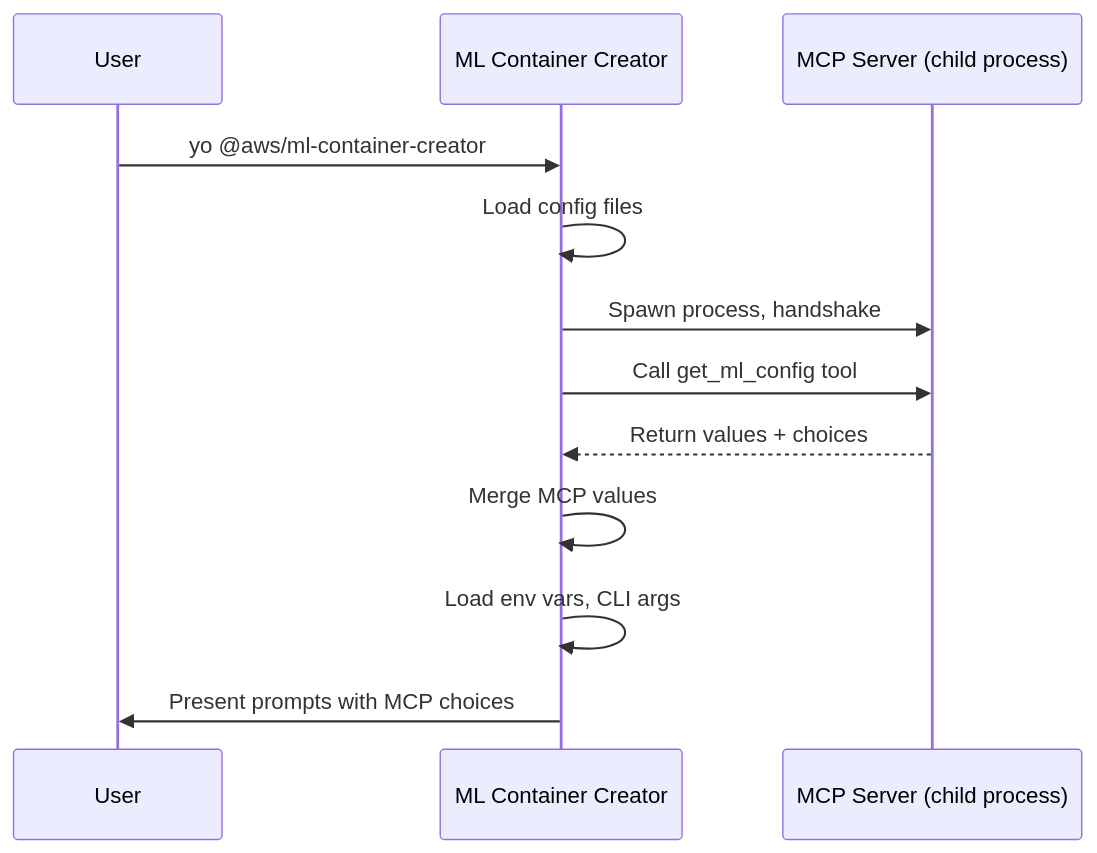
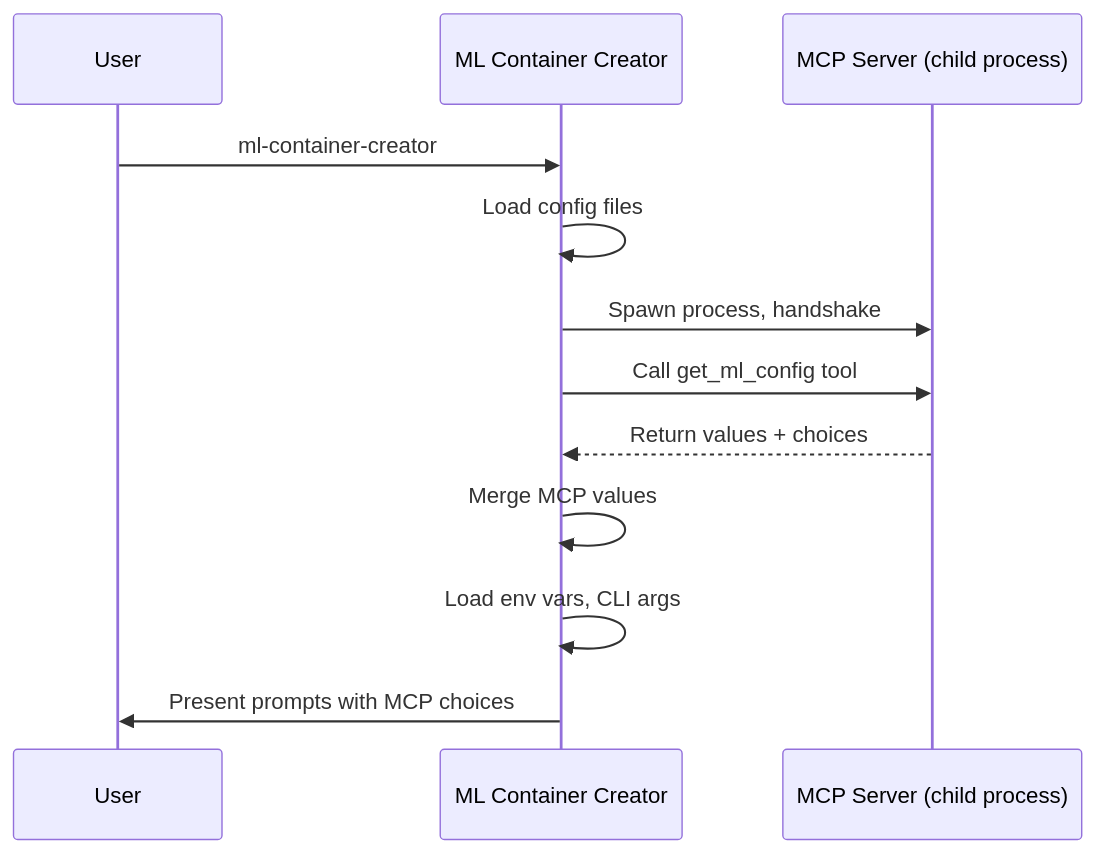
The diagram in docs/mcp-configuration.md (awslabs/ml-container-creator), drawn with Mermaid before and after one commit. The commit also changed other lines of this file and 373 other files, not shown here.

````diff
--- a/docs/mcp-configuration.md
+++ b/docs/mcp-configuration.md
@@ -9,15 +9,15 @@
 ```mermaid
 sequenceDiagram
     participant User
     participant Generator as ML Container Creator
     participant MCP as MCP Server (child process)
 
-    User->>Generator: yo @aws/ml-container-creator
+    User->>Generator: ml-container-creator
     Generator->>Generator: Load config files
     Generator->>MCP: Spawn process, handshake
     Generator->>MCP: Call get_ml_config tool
     MCP-->>Generator: Return values + choices
     Generator->>Generator: Merge MCP values
     Generator->>Generator: Load env vars, CLI args
     Generator->>User: Present prompts with MCP choices
 ```
````
